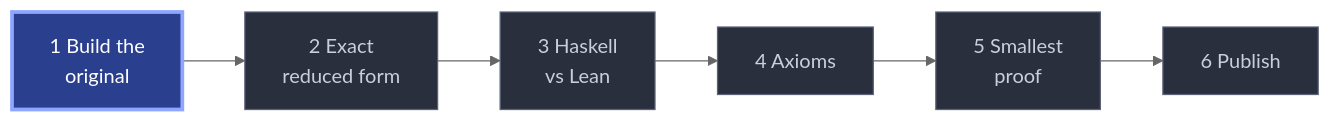
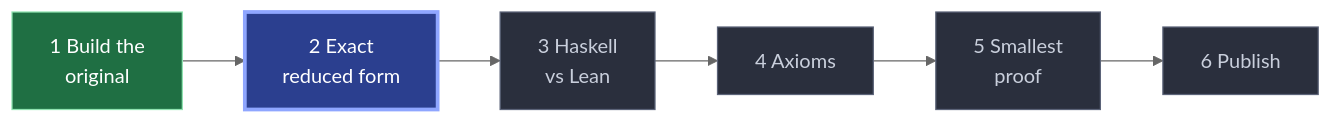
One commit to keithadler/rh-trim changed the diagram in BUILD-STATUS.md. Above: the diagram before and after it, drawn with Mermaid (neutral theme). The commit also changed other lines of this file and 2 other files, not shown here.

Commit message:
Build status 20:54 UTC

````diff
--- a/BUILD-STATUS.md
+++ b/BUILD-STATUS.md
@@ -11,14 +11,14 @@
 ```mermaid
 flowchart LR
   build["1 Build the<br>original"] --> export["2 Exact<br>reduced form"] --> race["3 Haskell<br>vs Lean"] --> axioms["4 Axioms"] --> minify["5 Smallest<br>proof"] --> publish["6 Publish"]
   classDef done fill:#1f6f43,stroke:#8fe3b0,color:#fff
   classDef now fill:#2b3f8f,stroke:#8fa6ff,color:#fff,stroke-width:3px
   classDef next fill:#2a2f3d,stroke:#5b6378,color:#c9cfdc
   classDef stop fill:#7a2a2a,stroke:#ff9b9b,color:#fff
-  class build now
-  class export next
+  class build done
+  class export now
   class race next
   class axioms next
   class minify next
   class publish next
 ```
````
